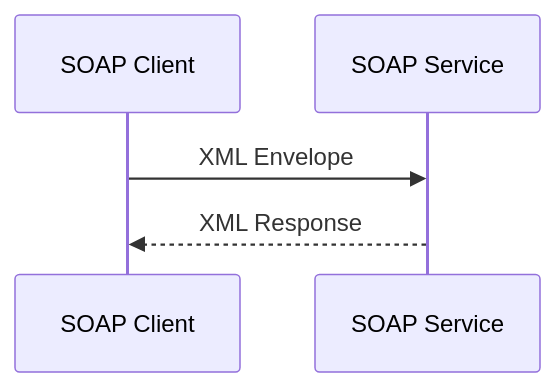
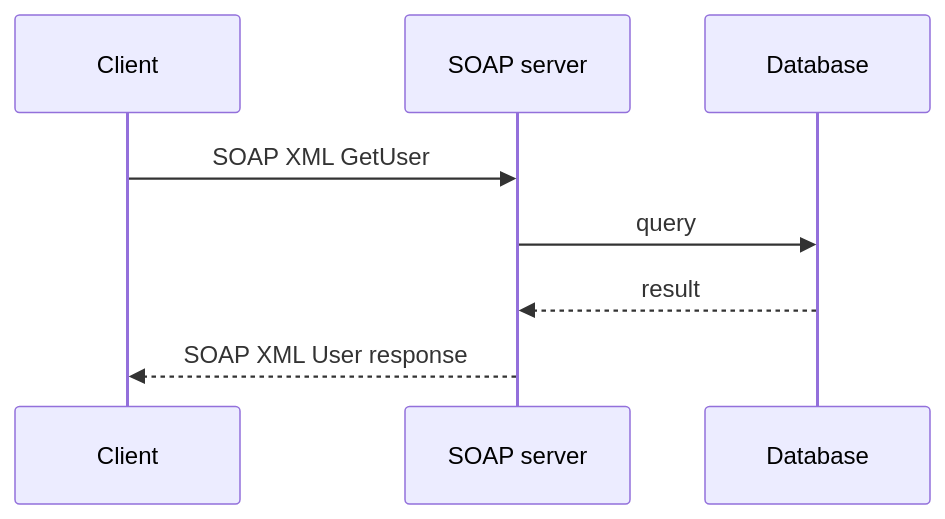
One commit to hareramcse/SystemDesign changed the tenth of 33 diagrams in 07-api-design/README.md. Above: the diagram before and after it, drawn with Mermaid. The commit also changed other lines of this file, not shown here.

````diff
--- a/07-api-design/README.md
+++ b/07-api-design/README.md
@@ -451,7 +834,10 @@
 ```mermaid
 sequenceDiagram
-    participant C as SOAP Client
-    participant S as SOAP Service
-    C->>S: XML Envelope
-    S-->>C: XML Response
+    participant C as Client
+    participant S as SOAP server
+    participant DB as Database
+    C->>S: SOAP XML GetUser
+    S->>DB: query
+    DB-->>S: result
+    S-->>C: SOAP XML User response
 ```
````
